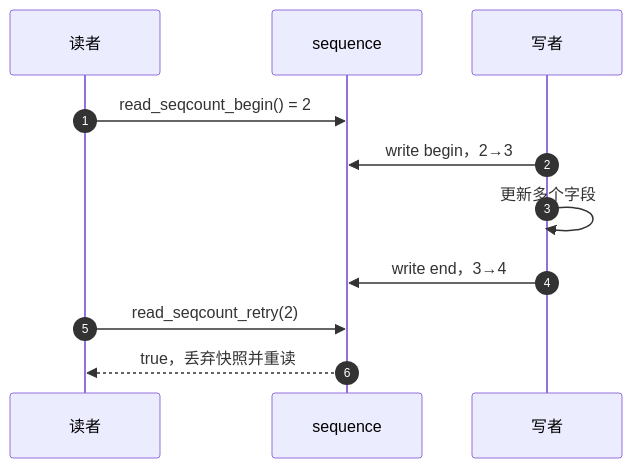
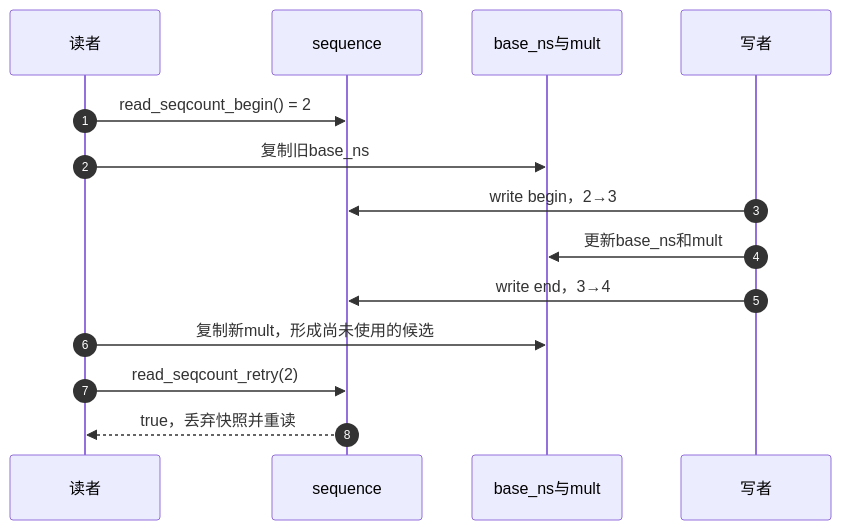
One commit to FormingSystem/linux_note changed the second of 3 diagrams in knowledge/linux/synchronization_and_asynchrony/synchronization/sequence_counters/P01_seqcount_seqlock_读重试快照机制.md. Above: the diagram before and after it, drawn with Mermaid. The commit also changed other lines of this file and 11 other files, not shown here.

````diff
--- a/knowledge/linux/synchronization_and_asynchrony/synchronization/sequence_counters/P01_seqcount_seqlock_读重试快照机制.md
+++ b/knowledge/linux/synchronization_and_asynchrony/synchronization/sequence_counters/P01_seqcount_seqlock_读重试快照机制.md
@@ -29,13 +29,16 @@
 ```mermaid
 sequenceDiagram
     autonumber
     participant R as 读者
     participant S as sequence
+    participant D as base_ns与mult
     participant W as 写者
     R->>S: read_seqcount_begin() = 2
+    R->>D: 复制旧base_ns
     W->>S: write begin，2→3
-    W->>W: 更新多个字段
+    W->>D: 更新base_ns和mult
     W->>S: write end，3→4
+    R->>D: 复制新mult，形成尚未使用的候选
     R->>S: read_seqcount_retry(2)
     S-->>R: true，丢弃快照并重读
 ```
````
